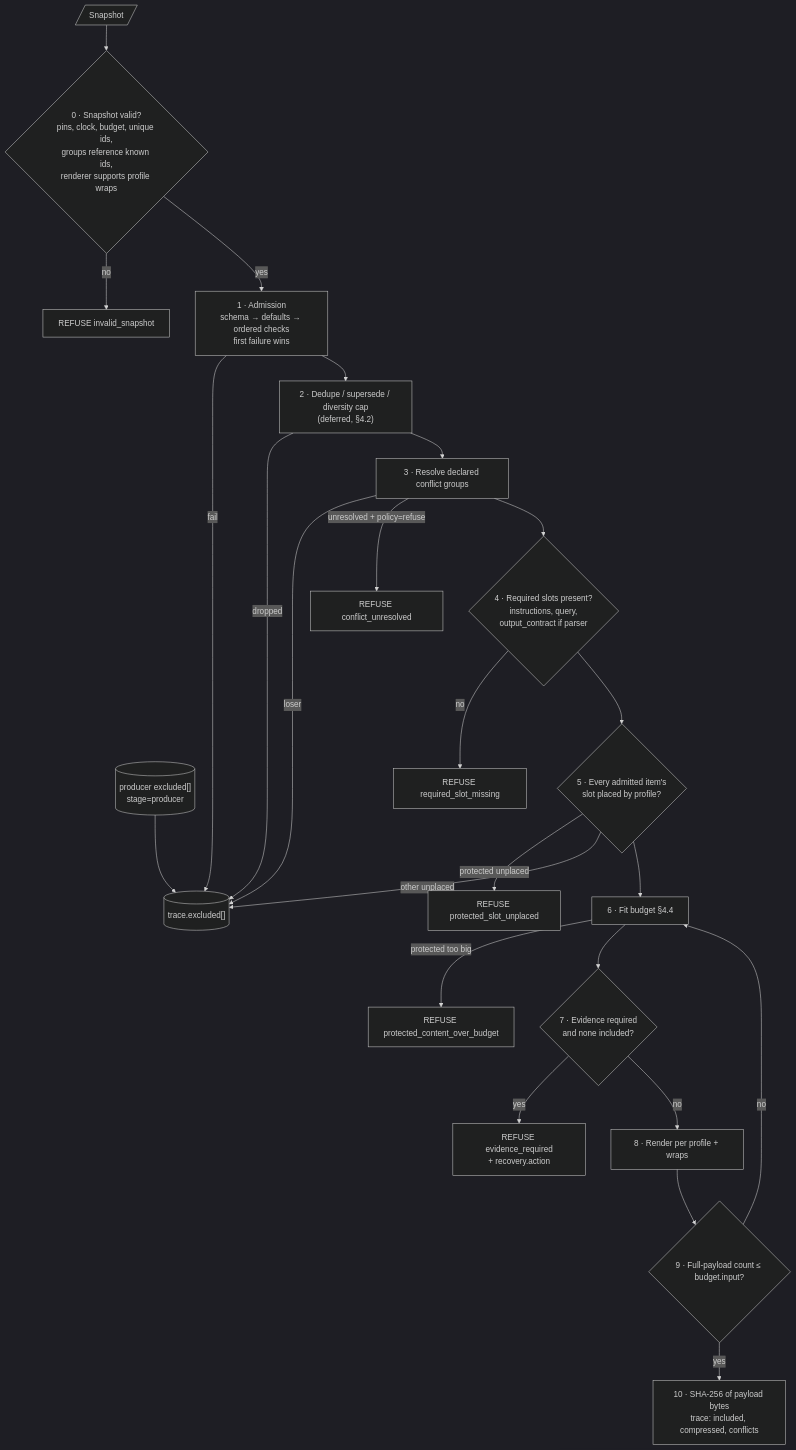
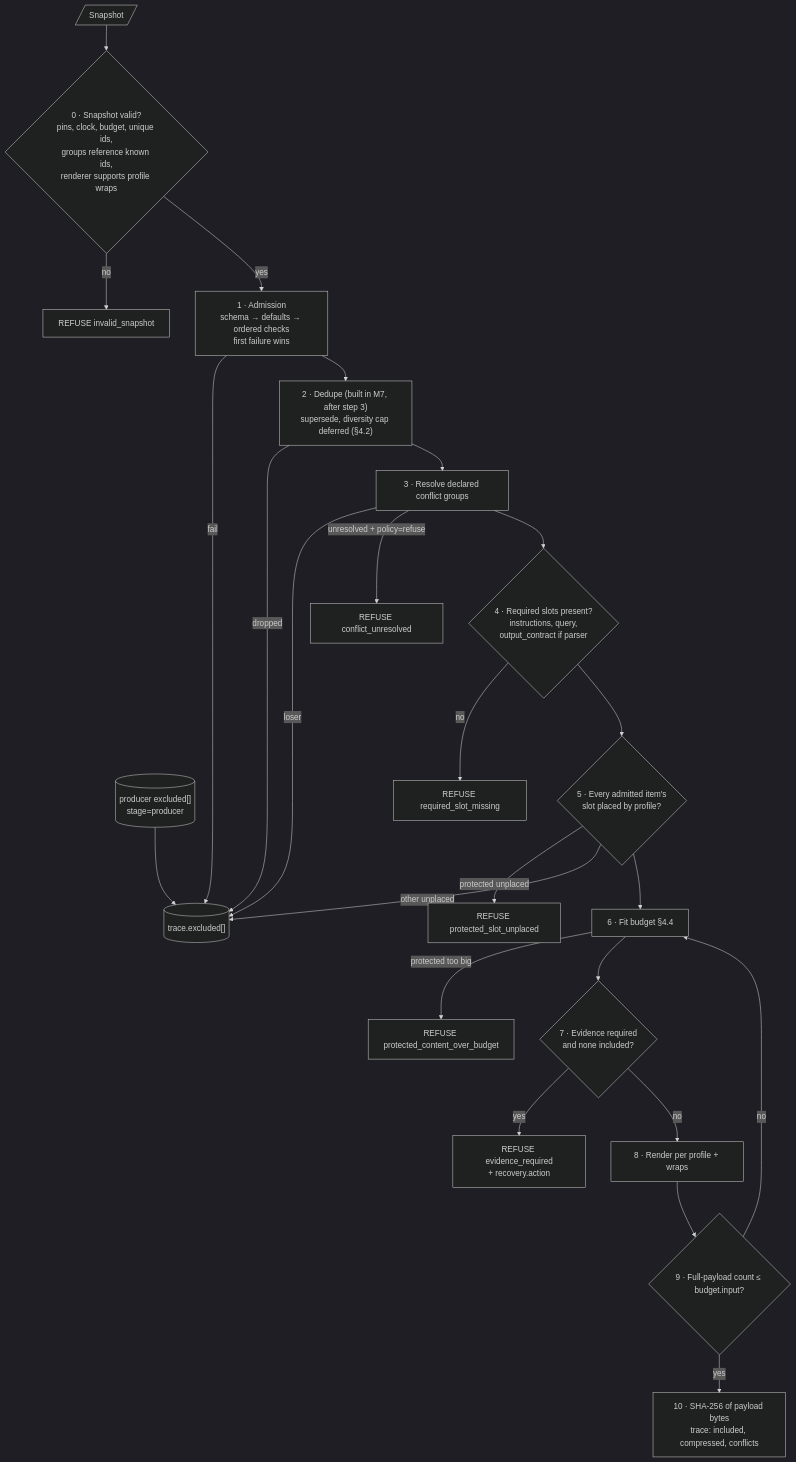
The fourth of 18 diagrams in docs/DESIGN.md (contextwindowarchitecture/assembler-python), drawn with Mermaid (dark theme) before and after one commit. The commit also changed other lines of this file and 10 other files, not shown here.

````diff
--- a/docs/DESIGN.md
+++ b/docs/DESIGN.md
@@ -285,26 +286,26 @@
 ```mermaid
 flowchart TD
   S[/Snapshot/] --> V{"0 · Snapshot valid?<br/>pins, clock, budget, unique ids,<br/>groups reference known ids,<br/>renderer supports profile wraps"}
   V -- no --> RF0["REFUSE invalid_snapshot"]
   V -- yes --> AD["1 · Admission<br/>schema → defaults → ordered checks<br/>first failure wins"]
   PX[("producer excluded[]<br/>stage=producer")] --> EXC[("trace.excluded[]")]
   AD -- fail --> EXC
-  AD --> DD["2 · Dedupe / supersede / diversity cap<br/>(deferred, §4.2)"]
+  AD --> DD["2 · Dedupe (built in M7, after step 3)<br/>supersede, diversity cap deferred (§4.2)"]
   DD -- dropped --> EXC
   DD --> CF["3 · Resolve declared conflict groups"]
   CF -- loser --> EXC
   CF -- "unresolved + policy=refuse" --> RF1["REFUSE conflict_unresolved"]
   CF --> RQ{"4 · Required slots present?<br/>instructions, query,<br/>output_contract if parser"}
   RQ -- no --> RF2["REFUSE required_slot_missing"]
   RQ --> PL{"5 · Every admitted item's<br/>slot placed by profile?"}
   PL -- "protected unplaced" --> RF3["REFUSE protected_slot_unplaced"]
   PL -- "other unplaced" --> EXC
   PL --> FIT["6 · Fit budget §4.4"]
   FIT -- "protected too big" --> RF4["REFUSE protected_content_over_budget"]
   FIT --> EV{"7 · Evidence required<br/>and none included?"}
   EV -- yes --> RF5["REFUSE evidence_required<br/>+ recovery.action"]
   EV -- no --> RN["8 · Render per profile + wraps"]
   RN --> CT{"9 · Full-payload count ≤ budget.input?"}
   CT -- no --> FIT
   CT -- yes --> H["10 · SHA-256 of payload bytes<br/>trace: included, compressed, conflicts"]
 ```
````
